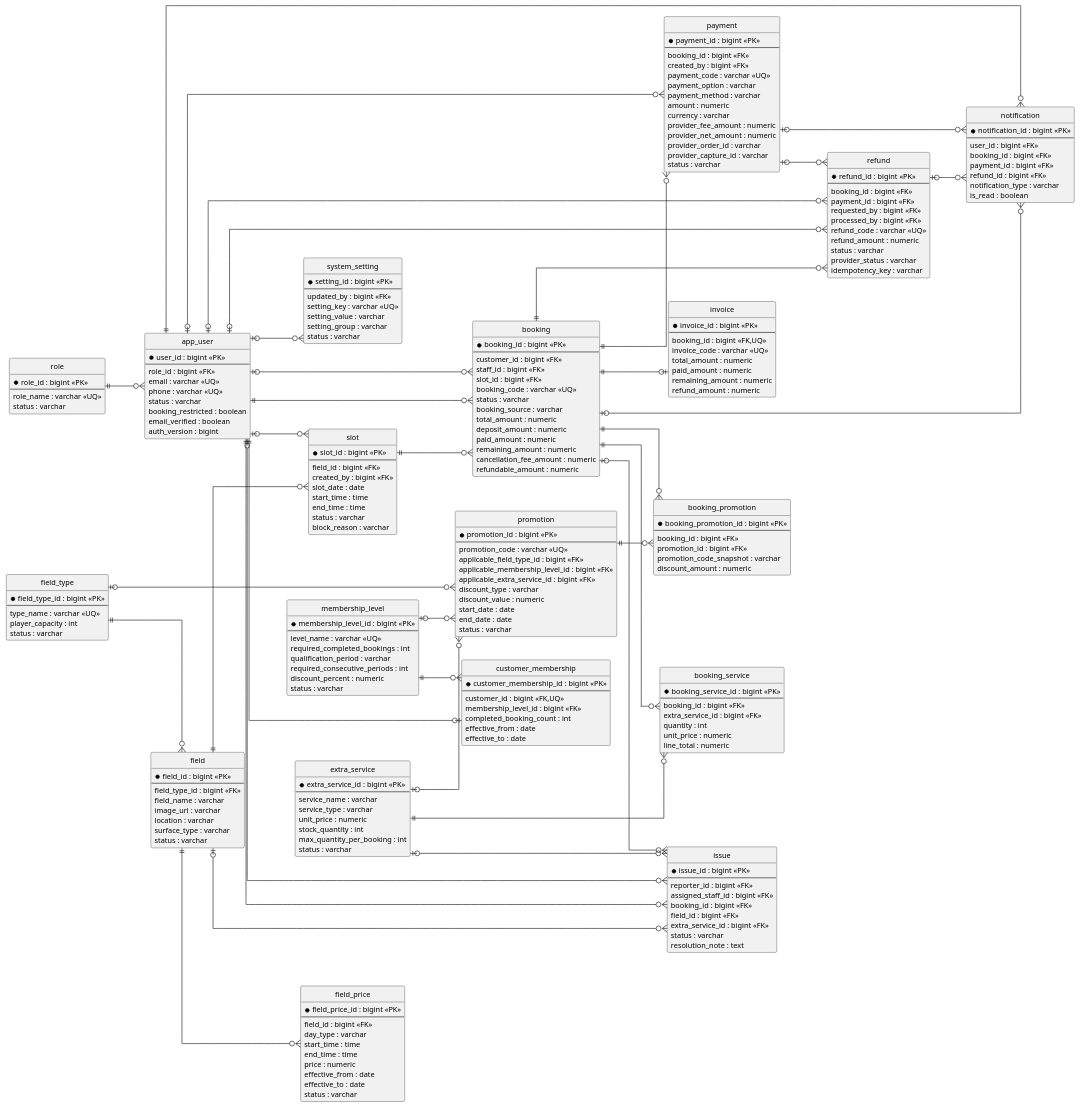
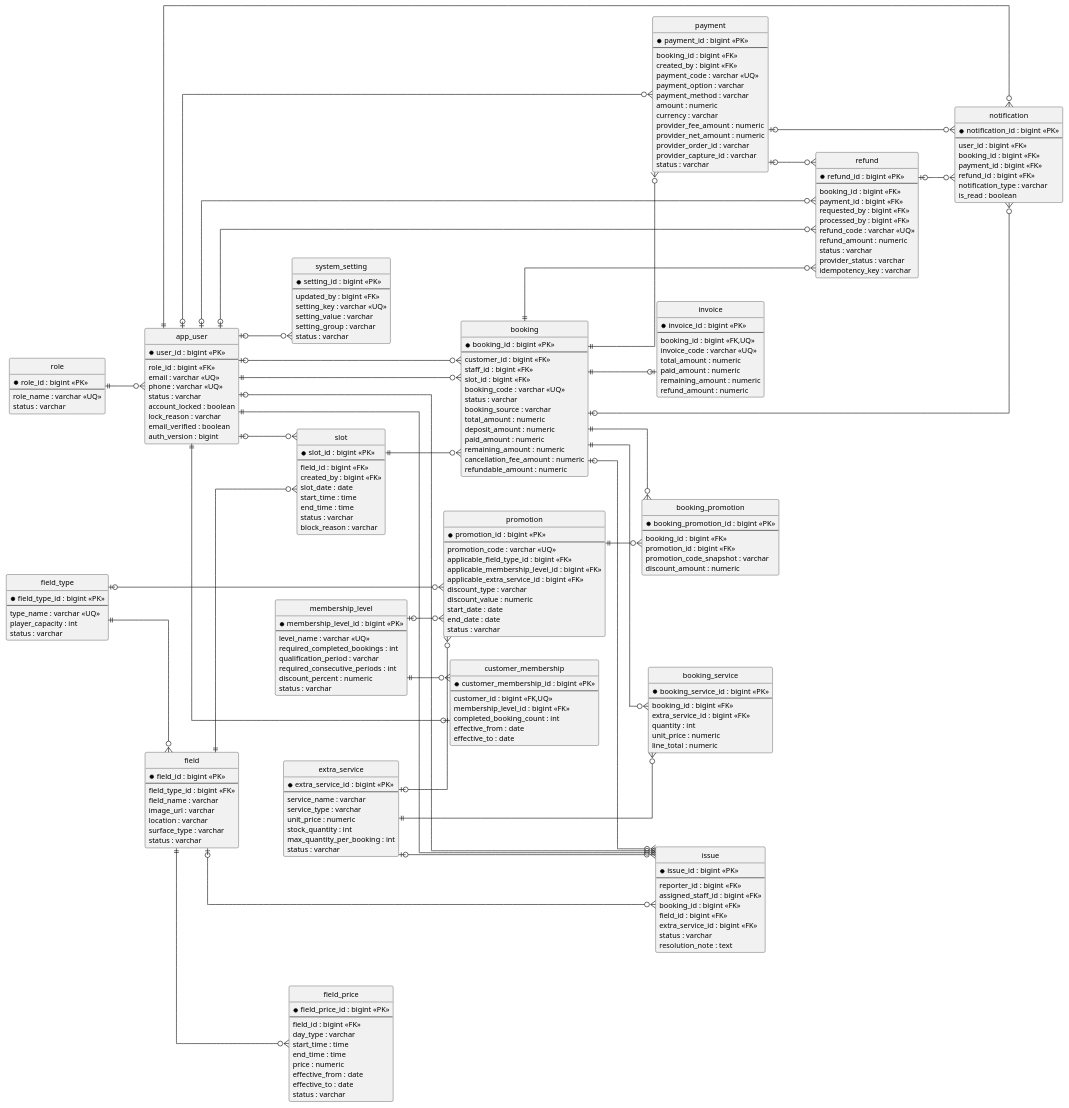
One commit to maxwell1904/SWP391_G3 changed the diagram in docs/ERD/goalzone-code-first-schema.puml. Above: the diagram before and after it, drawn with PlantUML. The commit also changed 49 other files, not shown here.

```diff
--- a/docs/ERD/goalzone-code-first-schema.puml
+++ b/docs/ERD/goalzone-code-first-schema.puml
@@ -21,7 +21,8 @@
   email : varchar <<UQ>>
   phone : varchar <<UQ>>
   status : varchar
-  booking_restricted : boolean
+  account_locked : boolean
+  lock_reason : varchar
   email_verified : boolean
   auth_version : bigint
 }
```
